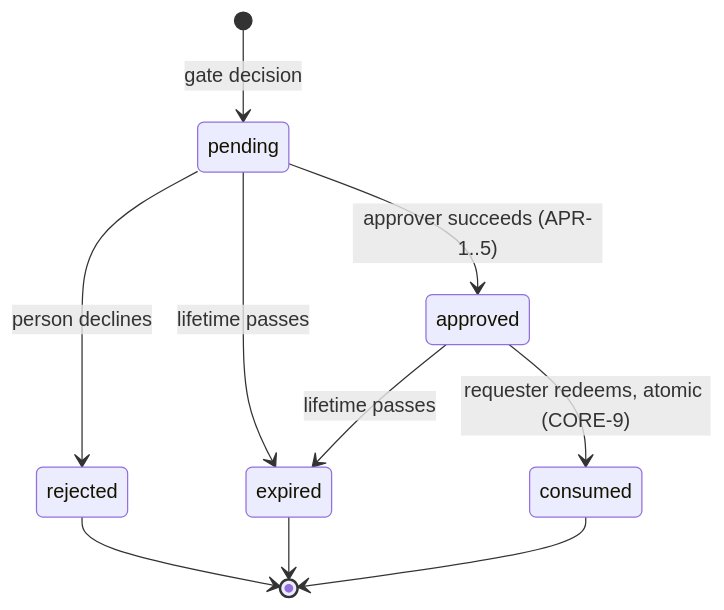
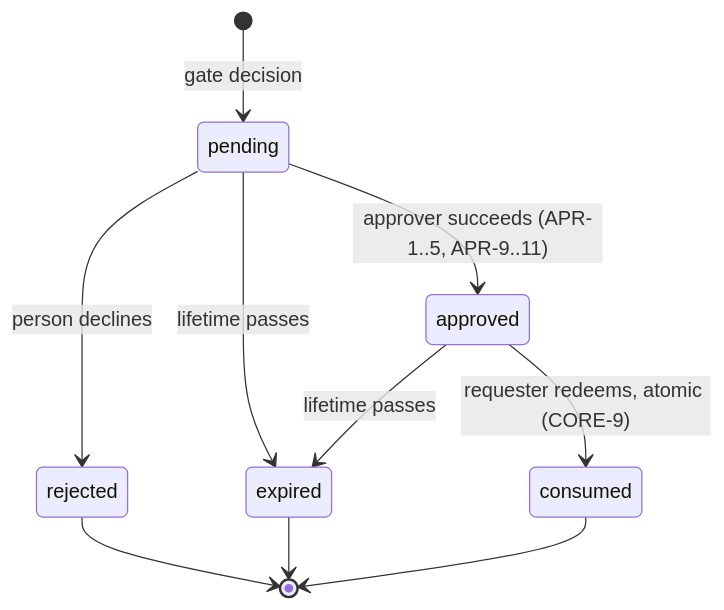
The fifth of 7 diagrams in docs/architecture.md (WilsonWordsofWisdom/hitl-gate-kit), drawn with Mermaid before and after one commit. The commit also changed other lines of this file and 3 other files, not shown here.

````diff
--- a/docs/architecture.md
+++ b/docs/architecture.md
@@ -228,12 +241,12 @@
 ```mermaid
 stateDiagram-v2
   [*] --> pending: gate decision
-  pending --> approved: approver succeeds (APR-1..5)
+  pending --> approved: approver succeeds (APR-1..5, APR-9..11)
   pending --> rejected: person declines
   pending --> expired: lifetime passes
   approved --> consumed: requester redeems, atomic (CORE-9)
   approved --> expired: lifetime passes
   rejected --> [*]
   expired --> [*]
   consumed --> [*]
 ```
````
